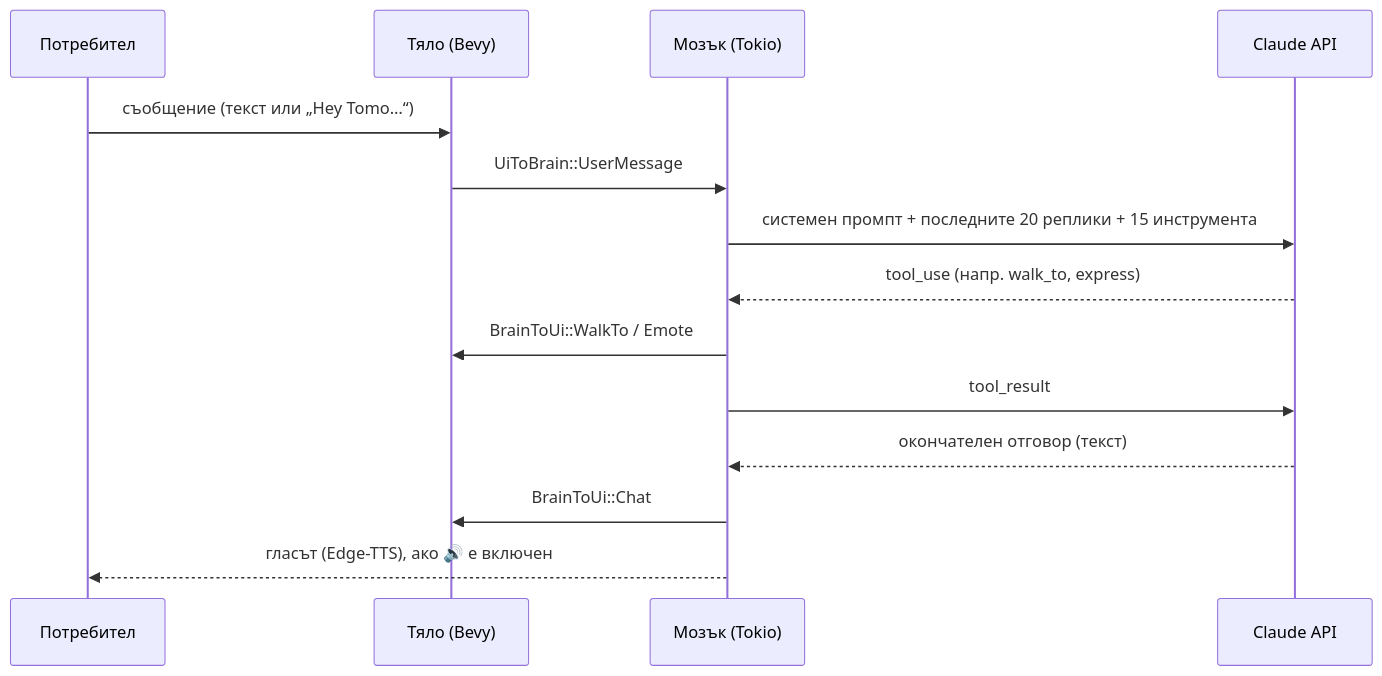
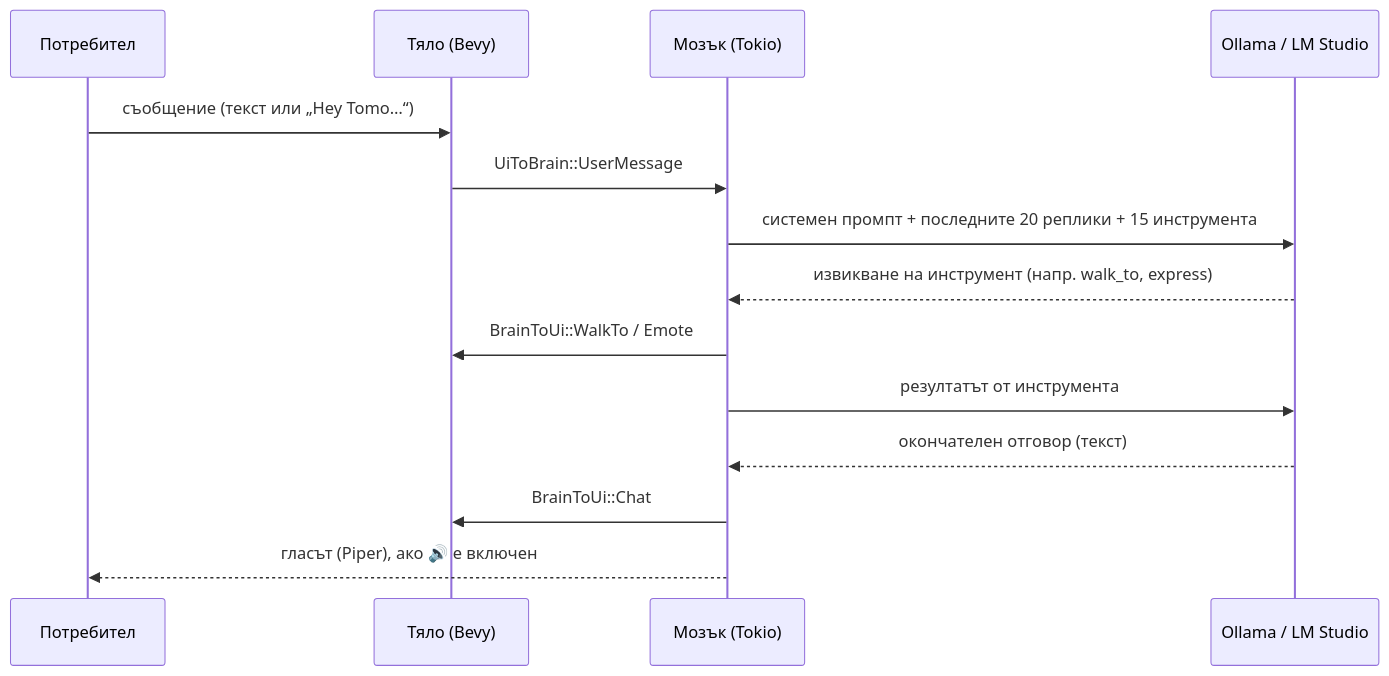
The second of 2 diagrams in docs/bg/README.md (NodeVortexGit/Tomo), drawn with Mermaid before and after one commit. The commit also changed other lines of this file and 5 other files, not shown here.

````diff
--- a/docs/bg/README.md
+++ b/docs/bg/README.md
@@ -457,16 +460,16 @@
 ```mermaid
 sequenceDiagram
     participant U as Потребител
     participant B as Тяло (Bevy)
     participant M as Мозък (Tokio)
-    participant C as Claude API
+    participant L as Ollama / LM Studio
     U->>B: съобщение (текст или „Hey Tomo…“)
     B->>M: UiToBrain::UserMessage
-    M->>C: системен промпт + последните 20 реплики + 15 инструмента
-    C-->>M: tool_use (напр. walk_to, express)
+    M->>L: системен промпт + последните 20 реплики + 15 инструмента
+    L-->>M: извикване на инструмент (напр. walk_to, express)
     M->>B: BrainToUi::WalkTo / Emote
-    M->>C: tool_result
-    C-->>M: окончателен отговор (текст)
+    M->>L: резултатът от инструмента
+    L-->>M: окончателен отговор (текст)
     M->>B: BrainToUi::Chat
-    M-->>U: гласът (Edge-TTS), ако 🔊 е включен
+    M-->>U: гласът (Piper), ако 🔊 е включен
 ```
````
